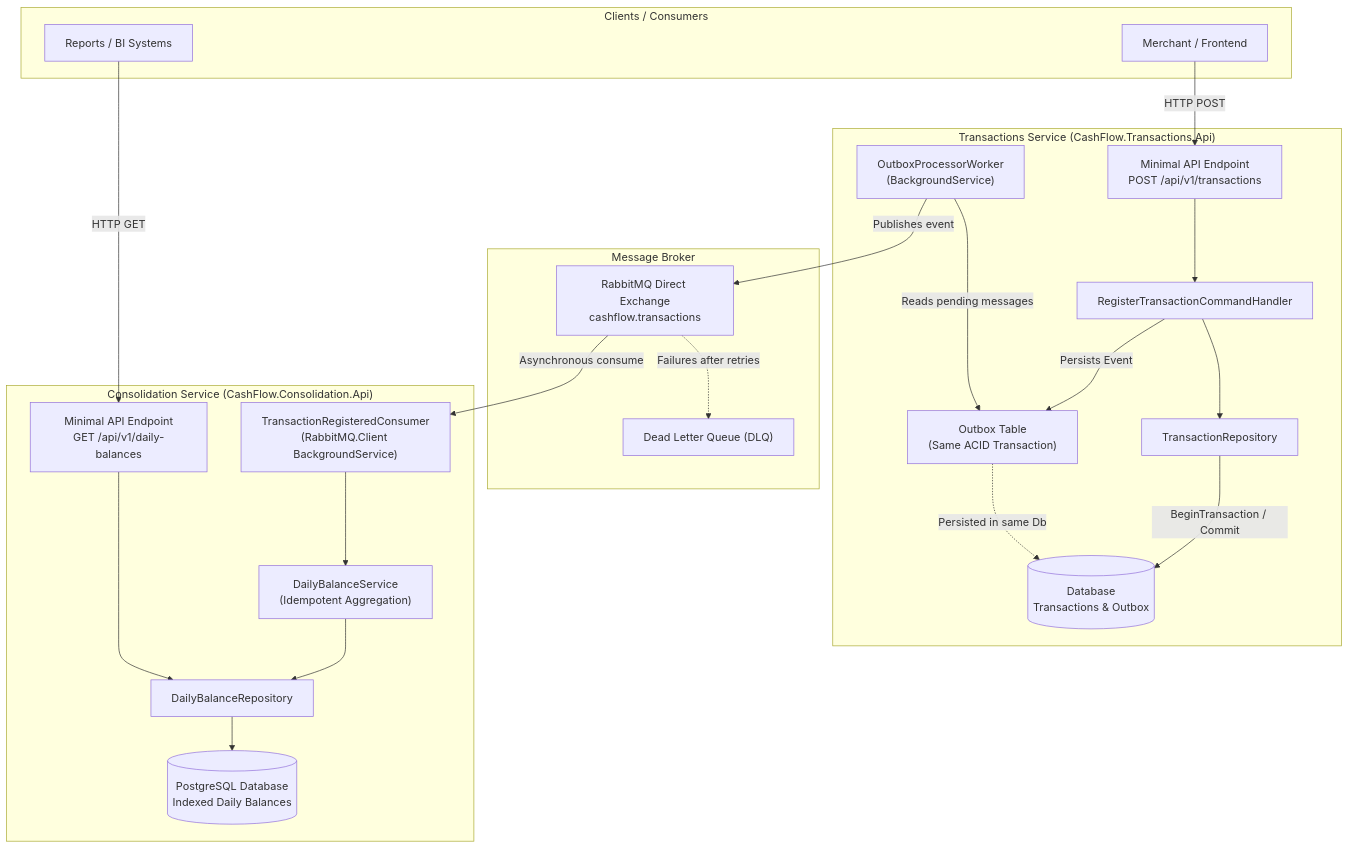
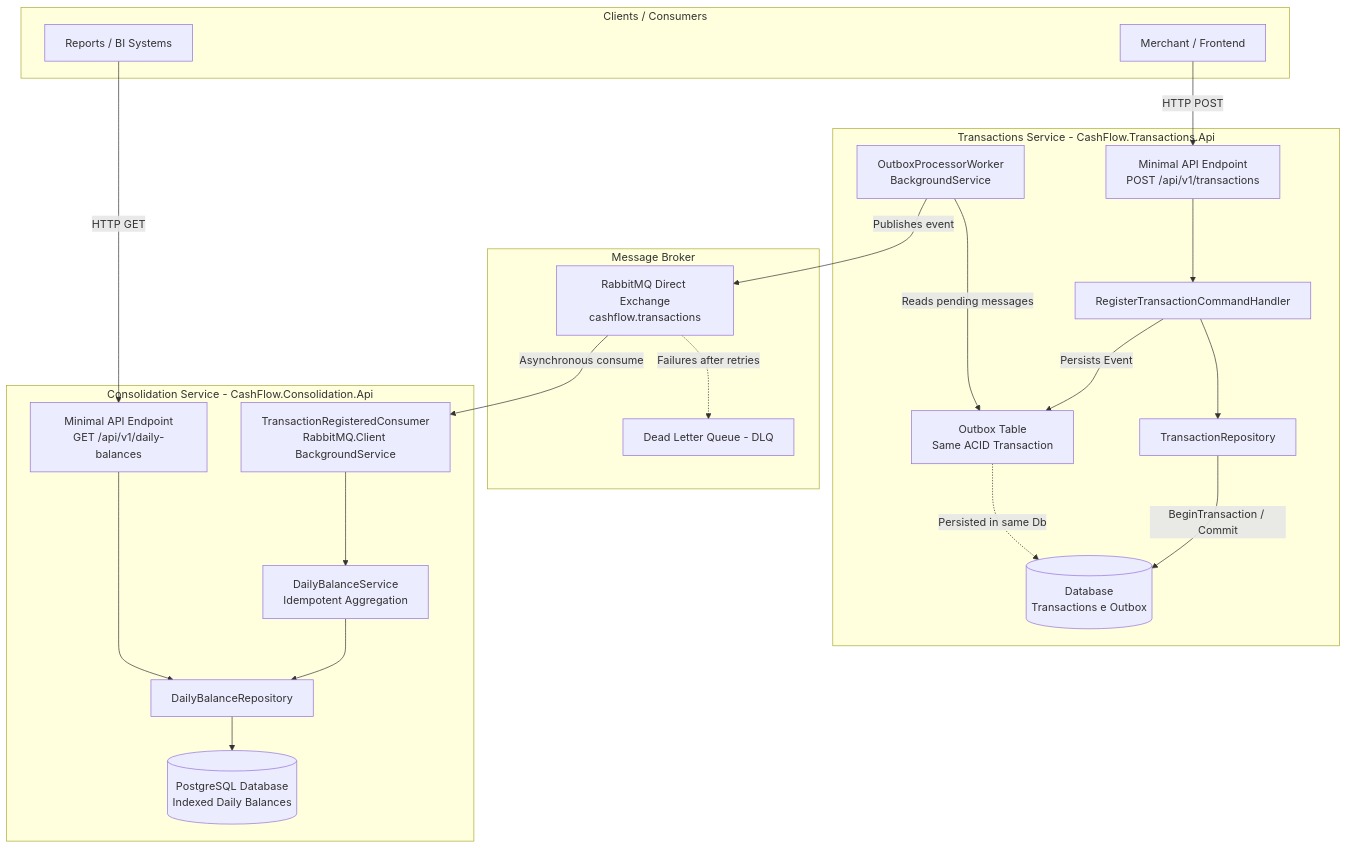
One commit to MoisesAlvarenga/CashFlow changed the first of 2 diagrams in .specs/features/fluxo-caixa-consolidado/design.md. Above: the diagram before and after it, drawn with Mermaid. The commit also changed other lines of this file and 1 other file, not shown here.

Commit message:
fix(docs): format Mermaid diagrams with strict GitHub-compliant syntax

````diff
--- a/.specs/features/fluxo-caixa-consolidado/design.md
+++ b/.specs/features/fluxo-caixa-consolidado/design.md
@@ -20,47 +20,47 @@
 ```mermaid
 flowchart TD
     subgraph Clients["Clients / Consumers"]
         Merchant["Merchant / Frontend"]
         Reports["Reports / BI Systems"]
     end
 
-    subgraph TransactionsService["Transactions Service (CashFlow.Transactions.Api)"]
-        TransactionsEndpoint["Minimal API Endpoint\nPOST /api/v1/transactions"]
+    subgraph TransactionsService["Transactions Service - CashFlow.Transactions.Api"]
+        TransactionsEndpoint["Minimal API Endpoint<br/>POST /api/v1/transactions"]
         TransactionHandler["RegisterTransactionCommandHandler"]
         TransactionRepo["TransactionRepository"]
-        OutboxTable["Outbox Table\n(Same ACID Transaction)"]
-        OutboxPublisher["OutboxProcessorWorker\n(BackgroundService)"]
-        DbTransactions[("Database\nTransactions & Outbox")]
+        OutboxTable["Outbox Table<br/>Same ACID Transaction"]
+        OutboxPublisher["OutboxProcessorWorker<br/>BackgroundService"]
+        DbTransactions[(Database<br/>Transactions e Outbox)]
     end
 
     subgraph Messaging["Message Broker"]
-        Queue["RabbitMQ Direct Exchange\ncashflow.transactions"]
-        DLQ["Dead Letter Queue (DLQ)"]
+        Queue["RabbitMQ Direct Exchange<br/>cashflow.transactions"]
+        DLQ["Dead Letter Queue - DLQ"]
     end
 
-    subgraph ConsolidationService["Consolidation Service (CashFlow.Consolidation.Api)"]
-        EventConsumer["TransactionRegisteredConsumer\n(RabbitMQ.Client BackgroundService)"]
-        DailyBalanceService["DailyBalanceService\n(Idempotent Aggregation)"]
+    subgraph ConsolidationService["Consolidation Service - CashFlow.Consolidation.Api"]
+        EventConsumer["TransactionRegisteredConsumer<br/>RabbitMQ.Client BackgroundService"]
+        DailyBalanceService["DailyBalanceService<br/>Idempotent Aggregation"]
         DailyBalanceRepo["DailyBalanceRepository"]
-        DbConsolidation[("PostgreSQL Database\nIndexed Daily Balances")]
-        DailyBalancesEndpoint["Minimal API Endpoint\nGET /api/v1/daily-balances"]
+        DbConsolidation[(PostgreSQL Database<br/>Indexed Daily Balances)]
+        DailyBalancesEndpoint["Minimal API Endpoint<br/>GET /api/v1/daily-balances"]
     end
 
-    Merchant -->|HTTP POST| TransactionsEndpoint
+    Merchant -->|"HTTP POST"| TransactionsEndpoint
     TransactionsEndpoint --> TransactionHandler
     TransactionHandler --> TransactionRepo
-    TransactionRepo -->|BeginTransaction / Commit| DbTransactions
-    TransactionHandler -->|Persists Event| OutboxTable
-    OutboxTable -.->|Persisted in same Db| DbTransactions
+    TransactionRepo -->|"BeginTransaction / Commit"| DbTransactions
+    TransactionHandler -->|"Persists Event"| OutboxTable
+    OutboxTable -.->|"Persisted in same Db"| DbTransactions
 
-    OutboxPublisher -->|Reads pending messages| OutboxTable
-    OutboxPublisher -->|Publishes event| Queue
-    Queue -->|Asynchronous consume| EventConsumer
-    Queue -.->|Failures after retries| DLQ
+    OutboxPublisher -->|"Reads pending messages"| OutboxTable
+    OutboxPublisher -->|"Publishes event"| Queue
+    Queue -->|"Asynchronous consume"| EventConsumer
+    Queue -.->|"Failures after retries"| DLQ
     EventConsumer --> DailyBalanceService
     DailyBalanceService --> DailyBalanceRepo
     DailyBalanceRepo --> DbConsolidation
 
-    Reports -->|HTTP GET| DailyBalancesEndpoint
+    Reports -->|"HTTP GET"| DailyBalancesEndpoint
     DailyBalancesEndpoint --> DailyBalanceRepo
 ```
````
